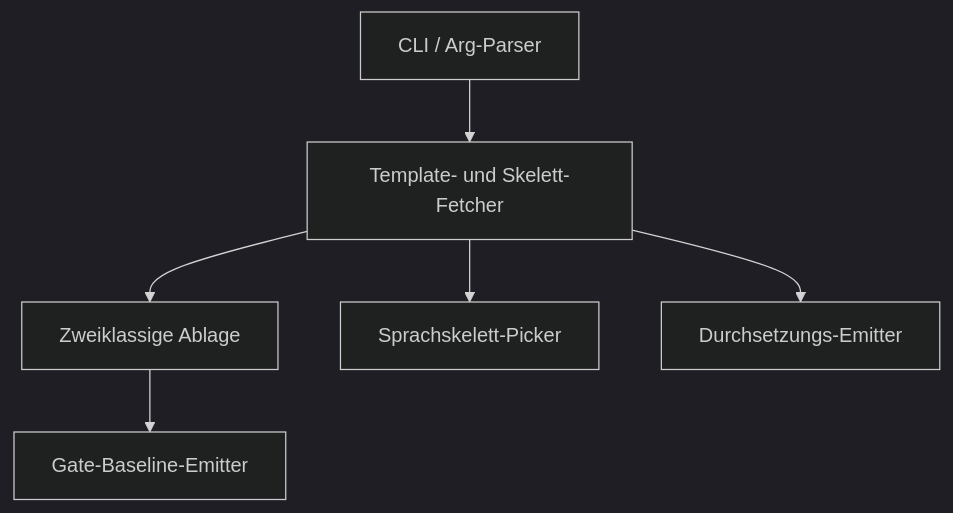
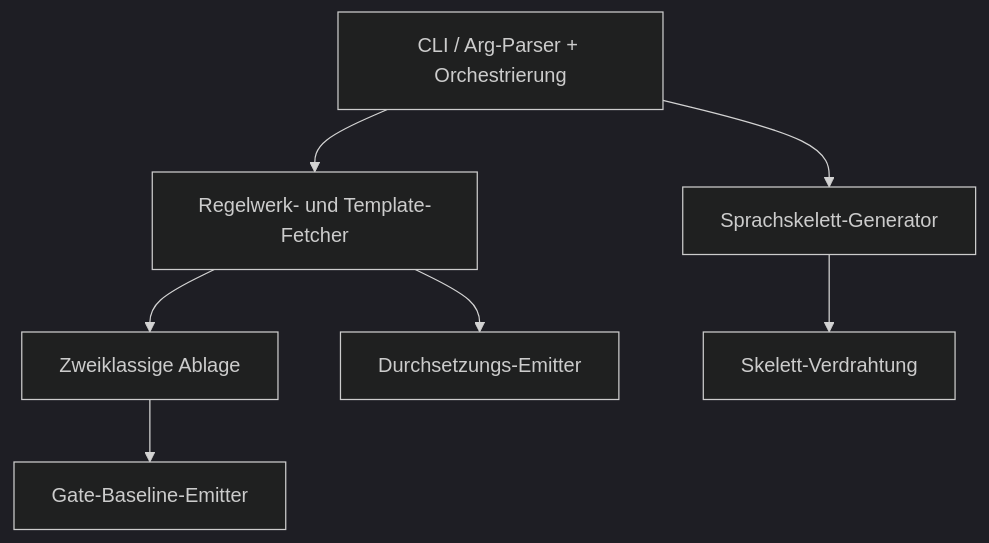
One commit to pt9912/ai-harness-init changed the first of 2 diagrams in spec/architecture.md. Above: the diagram before and after it, drawn with Mermaid (dark theme). The commit also changed other lines of this file, not shown here.

First line of the commit message:
spec: architecture.md an ADR-0005 nachziehen (Skelett Picker -> Generator)

````diff
--- a/spec/architecture.md
+++ b/spec/architecture.md
@@ -12,14 +12,16 @@
 ```mermaid
 flowchart TB
-    CLI[CLI / Arg-Parser]
-    Fetch[Template- und Skelett-Fetcher]
+    CLI[CLI / Arg-Parser + Orchestrierung]
+    Fetch[Regelwerk- und Template-Fetcher]
+    Gen[Sprachskelett-Generator]
     Place[Zweiklassige Ablage]
     Gate[Gate-Baseline-Emitter]
-    Pick[Sprachskelett-Picker]
+    Wire[Skelett-Verdrahtung]
     Enforce[Durchsetzungs-Emitter]
     CLI --> Fetch
+    CLI --> Gen
     Fetch --> Place
-    Fetch --> Pick
     Place --> Gate
+    Gen --> Wire
     Fetch --> Enforce
 ```
````
